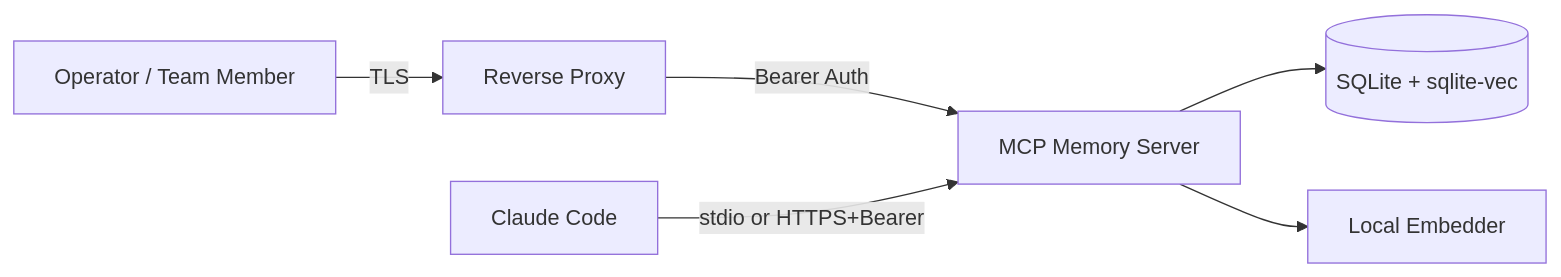
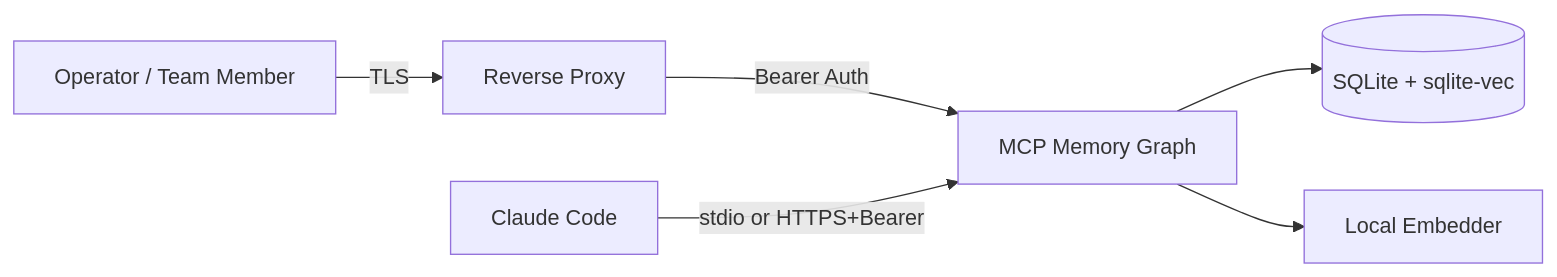
One commit to YonasValentin/mcp-memory-graph changed the diagram in SECURITY.md. Above: the diagram before and after it, drawn with Mermaid. The commit also changed 17 other files, not shown here.

````diff
--- a/SECURITY.md
+++ b/SECURITY.md
@@ -99,8 +99,8 @@
 ```mermaid
 graph LR
   U[Operator / Team Member] -->|TLS| P[Reverse Proxy]
-  P -->|Bearer Auth| S[MCP Memory Server]
+  P -->|Bearer Auth| S[MCP Memory Graph]
   S --> D[(SQLite + sqlite-vec)]
   S --> E[Local Embedder]
   C[Claude Code] -->|stdio or HTTPS+Bearer| S
 ```
````
